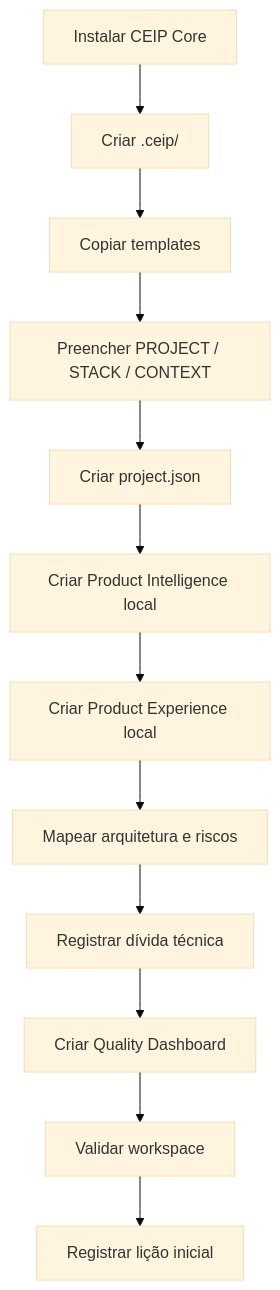
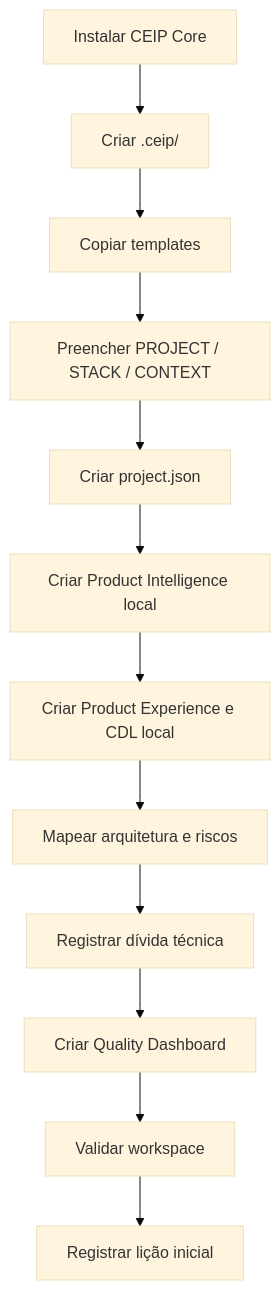
One commit to thyags/method-ceip changed the diagram in workspace/INITIALIZATION_FLOW.md. Above: the diagram before and after it, drawn with Mermaid (base theme). The commit also changed other lines of this file and 51 other files, not shown here.

````diff
--- a/workspace/INITIALIZATION_FLOW.md
+++ b/workspace/INITIALIZATION_FLOW.md
@@ -43,14 +43,14 @@
 ```mermaid
 flowchart TD
     A["Instalar CEIP Core"] --> B["Criar .ceip/"]
     B --> C["Copiar templates"]
     C --> D["Preencher PROJECT / STACK / CONTEXT"]
     D --> E["Criar project.json"]
     E --> F["Criar Product Intelligence local"]
-    F --> G["Criar Product Experience local"]
+    F --> G["Criar Product Experience e CDL local"]
     G --> H["Mapear arquitetura e riscos"]
     H --> I["Registrar dívida técnica"]
     I --> J["Criar Quality Dashboard"]
     J --> K["Validar workspace"]
     K --> L["Registrar lição inicial"]
 ```
````
